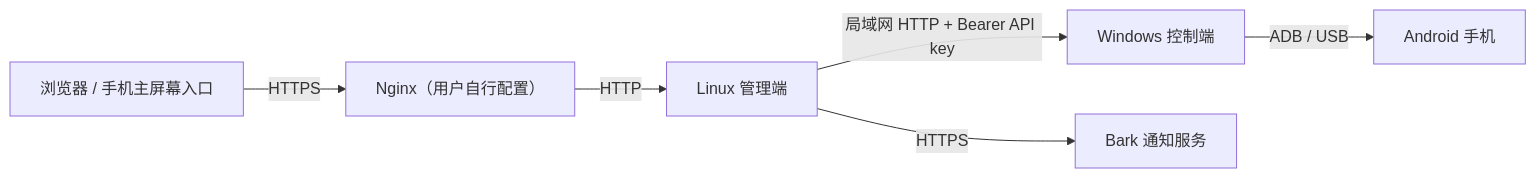
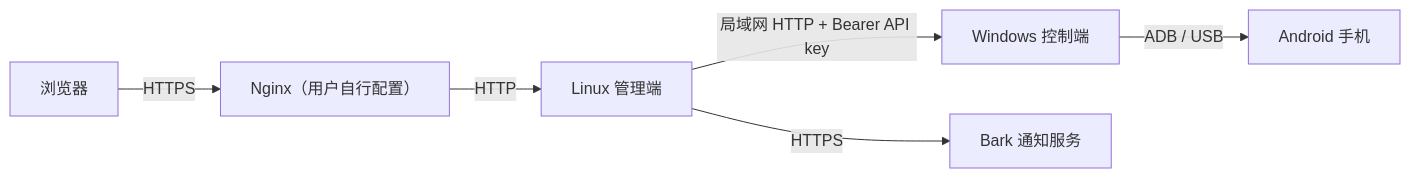
The diagram in docs/02-architecture.md (tianhe117/wechat_checkin), drawn with Mermaid before and after one commit. The commit also changed other lines of this file and 15 other files, not shown here.

````diff
--- a/docs/02-architecture.md
+++ b/docs/02-architecture.md
@@ -7,8 +7,8 @@
 ```mermaid
 flowchart LR
-    Browser[浏览器 / 手机主屏幕入口] -->|HTTPS| Nginx["Nginx（用户自行配置）"]
+    Browser[浏览器] -->|HTTPS| Nginx["Nginx（用户自行配置）"]
     Nginx -->|HTTP| Manager[Linux 管理端]
     Manager -->|局域网 HTTP + Bearer API key| Controller[Windows 控制端]
     Controller -->|ADB / USB| Phone[Android 手机]
     Manager -->|HTTPS| Bark[Bark 通知服务]
 ```
````
